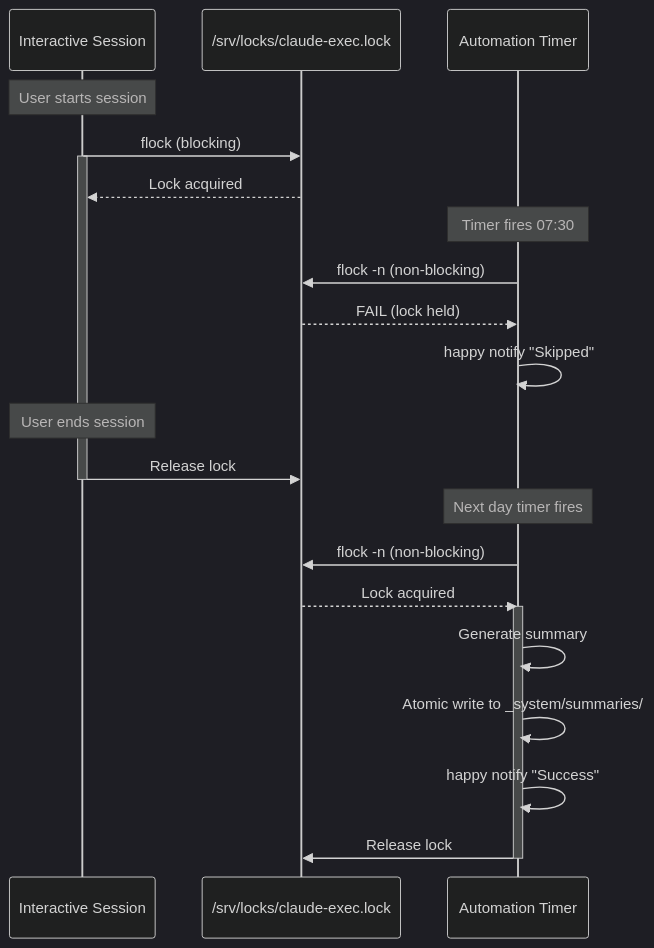
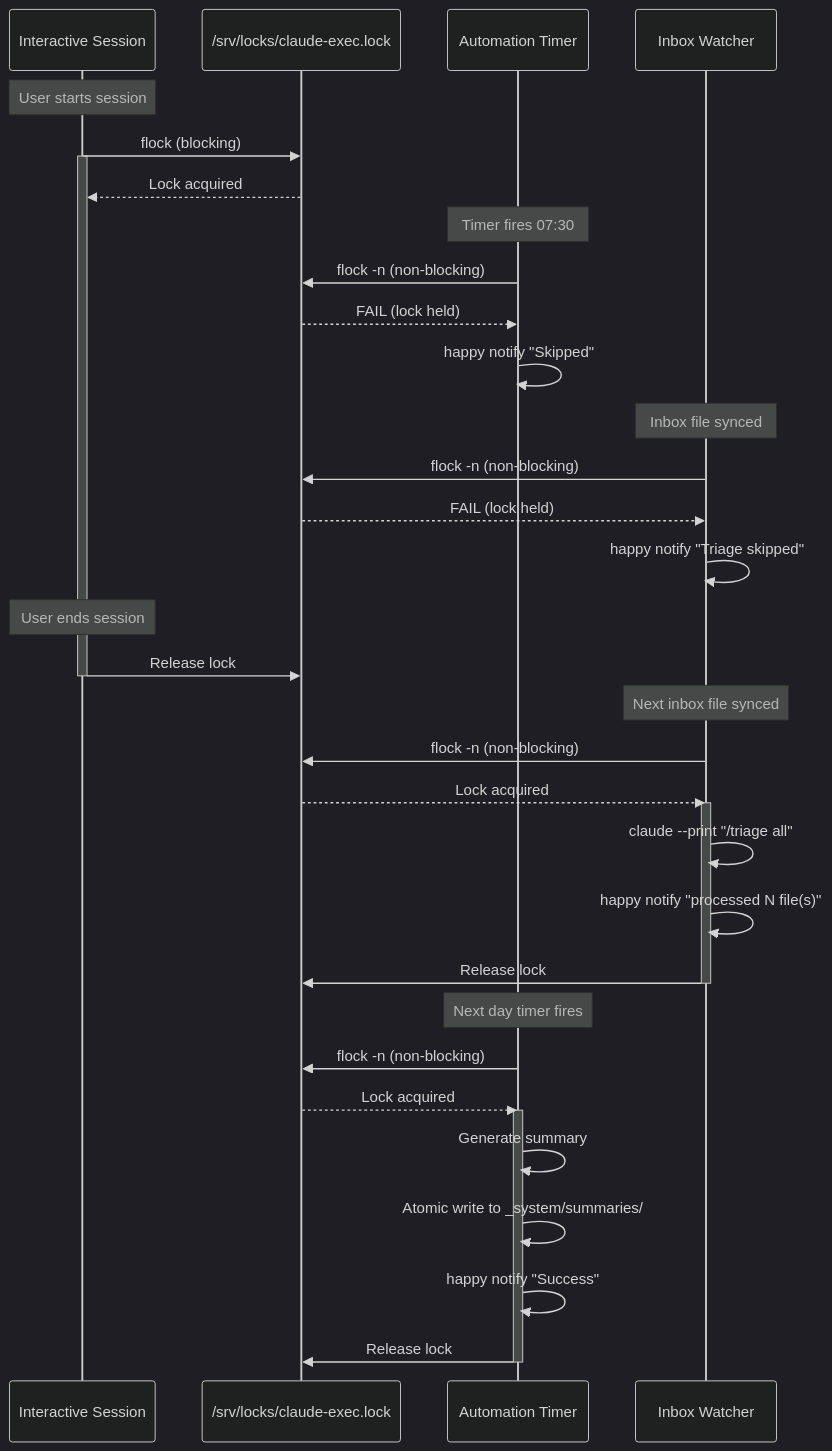
Before and after one commit to patjackson52/second-brain: the fifth of 7 diagrams in docs/architecture.md, drawn with Mermaid (dark theme). The commit also changed other lines of this file, not shown here.

First line of the commit message:
Update architecture docs with inbox watcher, SLA, and debug guide

````diff
--- a/docs/architecture.md
+++ b/docs/architecture.md
@@ -72,30 +150,45 @@
 ```mermaid
 sequenceDiagram
     participant I as Interactive Session
     participant L as /srv/locks/claude-exec.lock
     participant A as Automation Timer
+    participant W as Inbox Watcher
 
     Note over I: User starts session
     I->>L: flock (blocking)
     activate I
     L-->>I: Lock acquired
 
     Note over A: Timer fires 07:30
     A->>L: flock -n (non-blocking)
     L-->>A: FAIL (lock held)
     A->>A: happy notify "Skipped"
 
+    Note over W: Inbox file synced
+    W->>L: flock -n (non-blocking)
+    L-->>W: FAIL (lock held)
+    W->>W: happy notify "Triage skipped"
+
     Note over I: User ends session
     I->>L: Release lock
     deactivate I
+
+    Note over W: Next inbox file synced
+    W->>L: flock -n (non-blocking)
+    L-->>W: Lock acquired
+    activate W
+    W->>W: claude --print "/triage all"
+    W->>W: happy notify "processed N file(s)"
+    W->>L: Release lock
+    deactivate W
 
     Note over A: Next day timer fires
     A->>L: flock -n (non-blocking)
     L-->>A: Lock acquired
     activate A
     A->>A: Generate summary
     A->>A: Atomic write to _system/summaries/
     A->>A: happy notify "Success"
     A->>L: Release lock
     deactivate A
 ```
````
